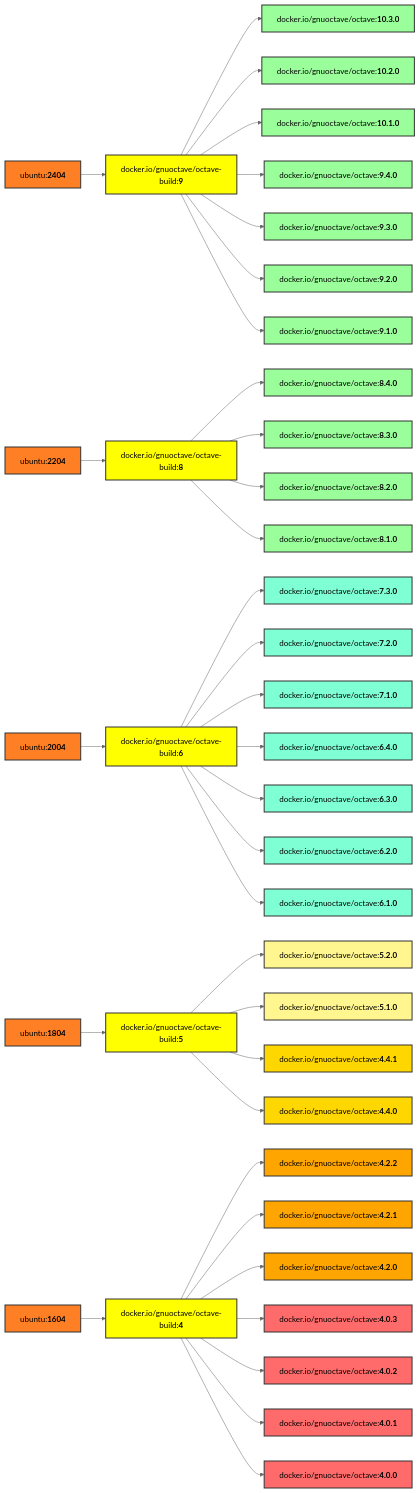
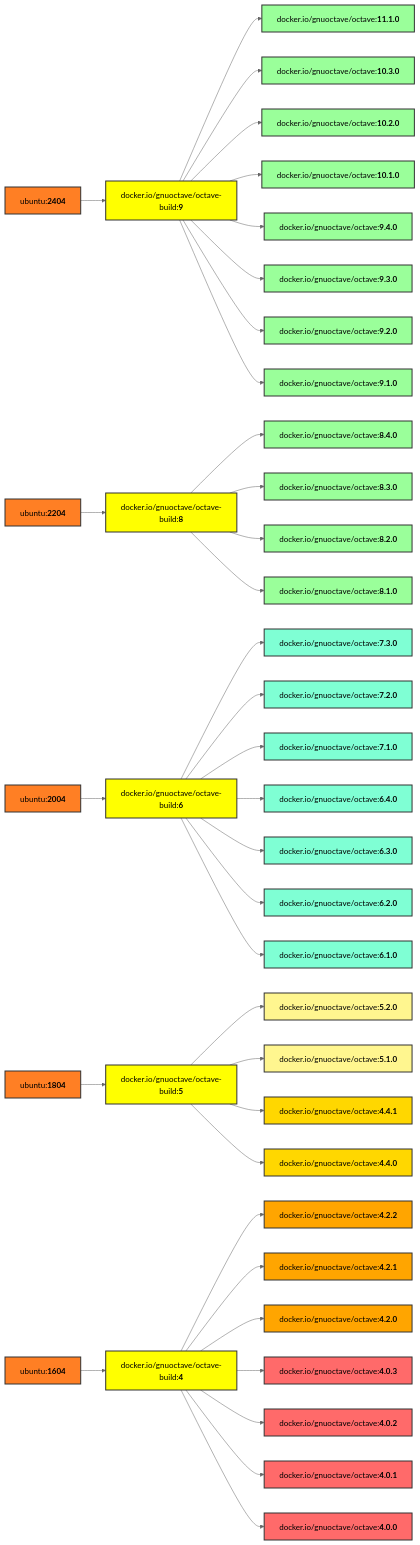
One commit to gnu-octave/docker changed the diagram in README.md. Above: the diagram before and after it, drawn with Mermaid (neutral theme). The commit also changed other lines of this file and 2 other files, not shown here.

Commit message:
GNU Octave 11.1.0 release (2026-02-18)

```diff
--- a/README.md
+++ b/README.md
@@ -134,6 +134,7 @@
     U3[ubuntu:<b>2004</b>] --> b6[docker.io/gnuoctave/octave-build:<b>6</b>];
     U2[ubuntu:<b>1804</b>] --> b5[docker.io/gnuoctave/octave-build:<b>5</b>];
     U1[ubuntu:<b>1604</b>] --> b4[docker.io/gnuoctave/octave-build:<b>4</b>];
+    b9 --> v1110[docker.io/gnuoctave/octave:<b>11.1.0</b>];
     b9 --> v1030[docker.io/gnuoctave/octave:<b>10.3.0</b>];
     b9 --> v1020[docker.io/gnuoctave/octave:<b>10.2.0</b>];
     b9 --> v1010[docker.io/gnuoctave/octave:<b>10.1.0</b>];
@@ -181,6 +182,7 @@
     classDef age4 fill:#ffd700,stroke:#333,stroke-width:2px;
     classDef age5 fill:#ffa500,stroke:#333,stroke-width:2px;
     classDef age6 fill:#ff6a6a,stroke:#333,stroke-width:2px;
+    class v1110 age1;
     class v1030 age1;
     class v1020 age1;
     class v1010 age1;
```
